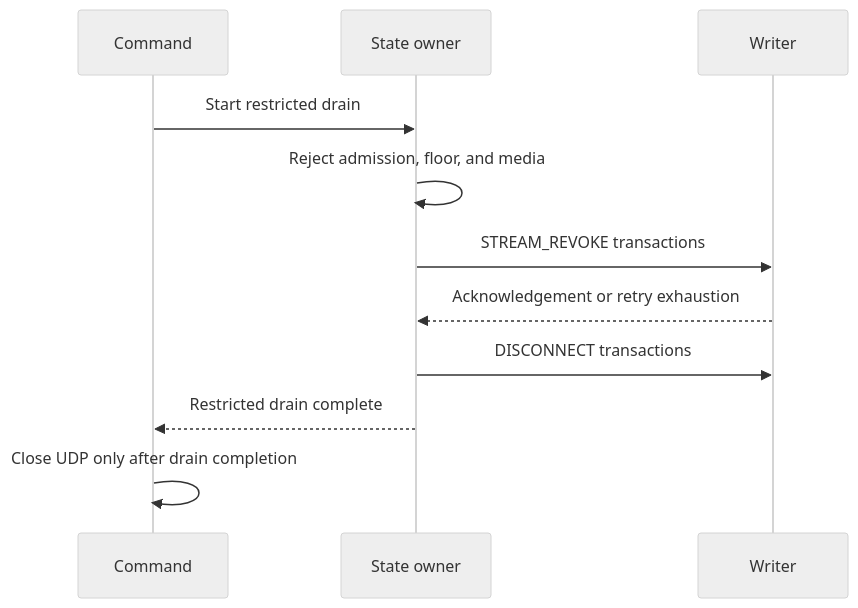
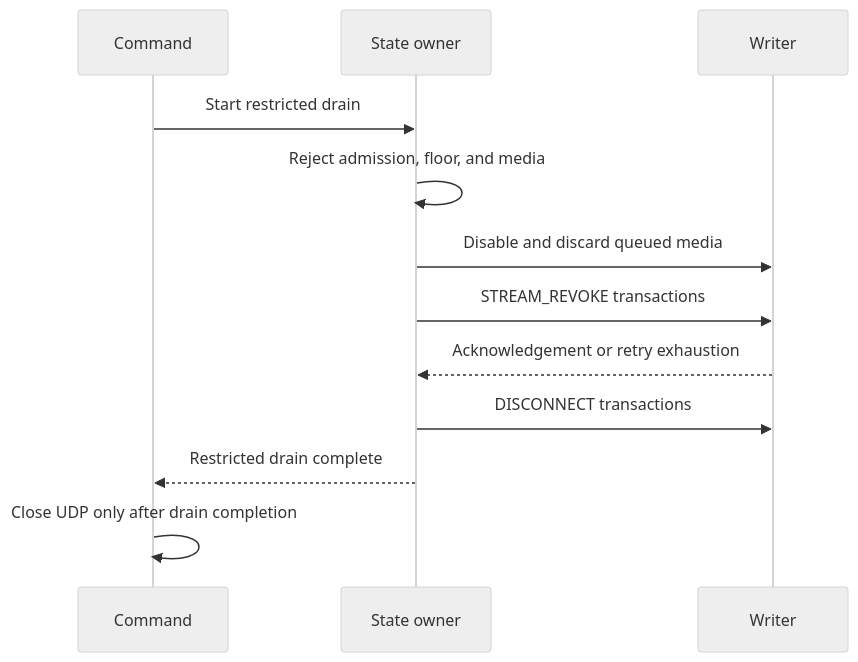
The third of 3 diagrams in docs/architecture.md (dbehnke/opusref), drawn with Mermaid (neutral theme) before and after one commit. The commit also changed other lines of this file and 9 other files, not shown here.

````diff
--- a/docs/architecture.md
+++ b/docs/architecture.md
@@ -149,13 +159,14 @@
 ```mermaid
 sequenceDiagram
     participant Command
     participant State as State owner
     participant Writer
     Command->>State: Start restricted drain
     State->>State: Reject admission, floor, and media
+    State->>Writer: Disable and discard queued media
     State->>Writer: STREAM_REVOKE transactions
     Writer-->>State: Acknowledgement or retry exhaustion
     State->>Writer: DISCONNECT transactions
     State-->>Command: Restricted drain complete
     Command->>Command: Close UDP only after drain completion
 ```
````
